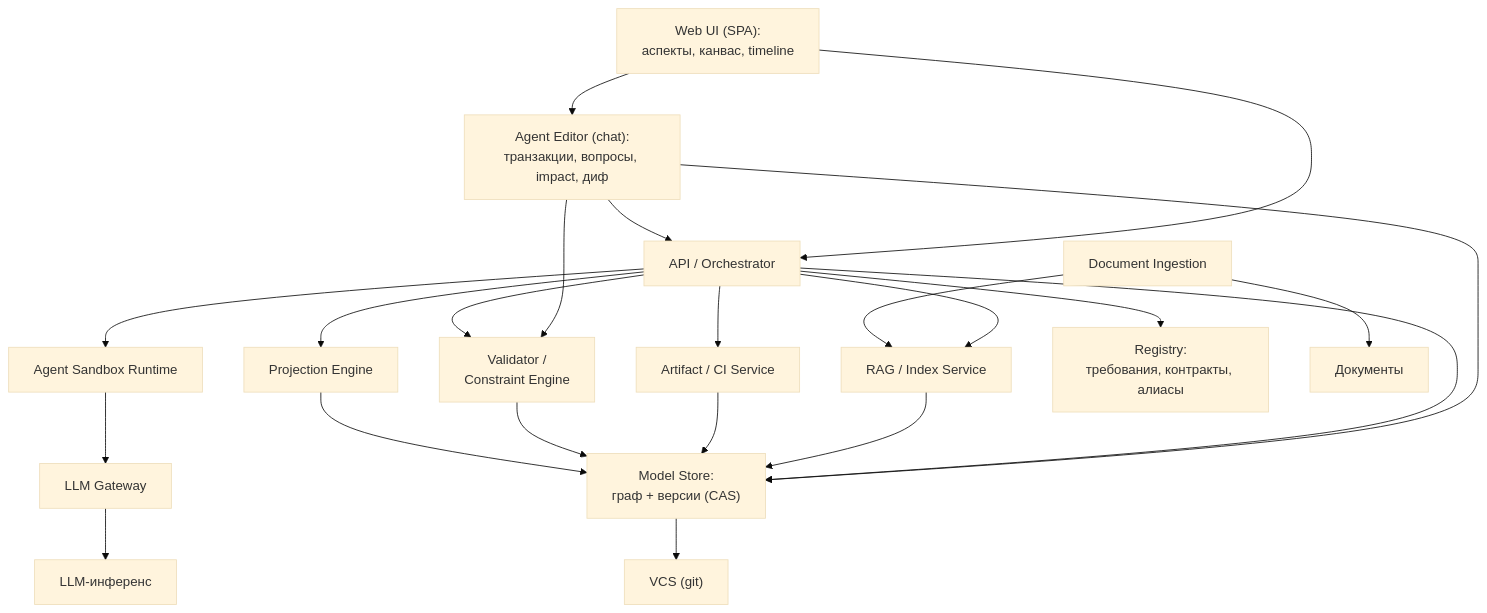
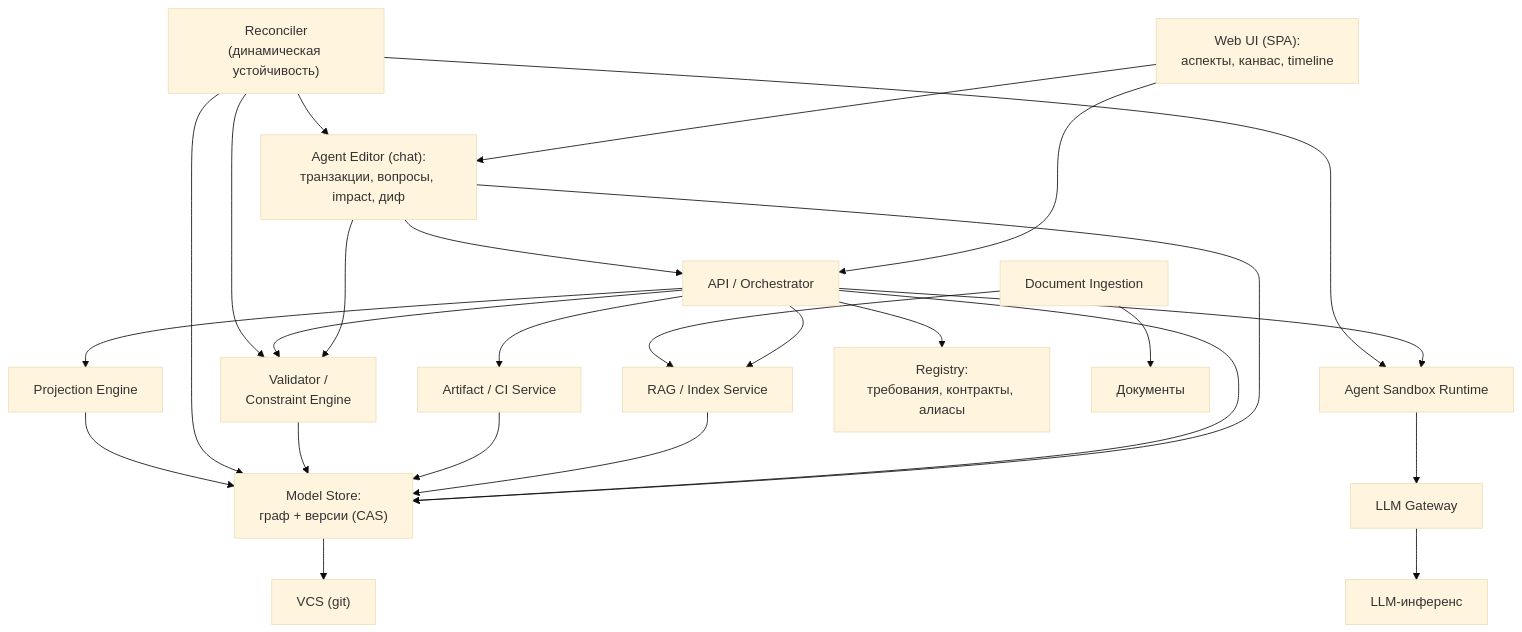
The second of 4 diagrams in ARCHITECTURE.md (pol4/ArchIDE), drawn with Mermaid (base theme) before and after one commit. The commit also changed other lines of this file and 2 other files, not shown here.

First line of the commit message:
docs: reconcile architecture and plan with dynamic stability

````diff
--- a/ARCHITECTURE.md
+++ b/ARCHITECTURE.md
@@ -47,37 +47,42 @@
 ```mermaid
 graph TD
   UI["Web UI (SPA):<br/>аспекты, канвас, timeline"]
   EDIT["Agent Editor (chat):<br/>транзакции, вопросы, impact, диф"]
   API["API / Orchestrator"]
   MS["Model Store:<br/>граф + версии (CAS)"]
   VAL["Validator /<br/>Constraint Engine"]
+  RECON["Reconciler<br/>(динамическая устойчивость)"]
   PROJ["Projection Engine"]
   SBX["Agent Sandbox Runtime"]
   GW["LLM Gateway"]
   RAG["RAG / Index Service"]
   ING["Document Ingestion"]
   ART["Artifact / CI Service"]
   REG["Registry:<br/>требования, контракты, алиасы"]
 
   UI --> API
   UI --> EDIT
   EDIT --> API
   EDIT --> VAL
   EDIT --> MS
   API --> MS
   API --> VAL
   API --> PROJ
   API --> SBX
   API --> RAG
   API --> ART
   API --> REG
   SBX --> GW
   GW --> LLM["LLM-инференс"]
   RAG --> MS
   ING --> RAG
   ING --> DOCS["Документы"]
   ART --> MS
   VAL --> MS
+  RECON --> VAL
+  RECON --> MS
+  RECON --> EDIT
+  RECON --> SBX
   PROJ --> MS
   MS --> VCS["VCS (git)"]
 ```
````
